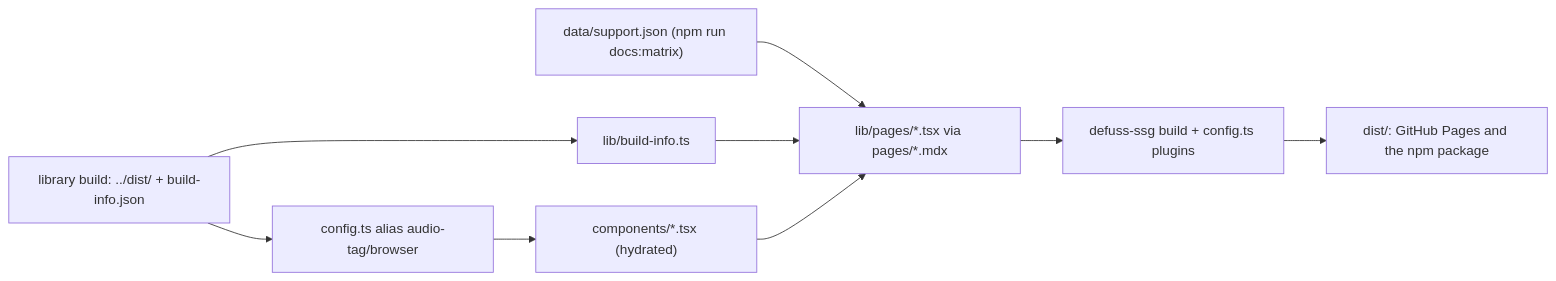
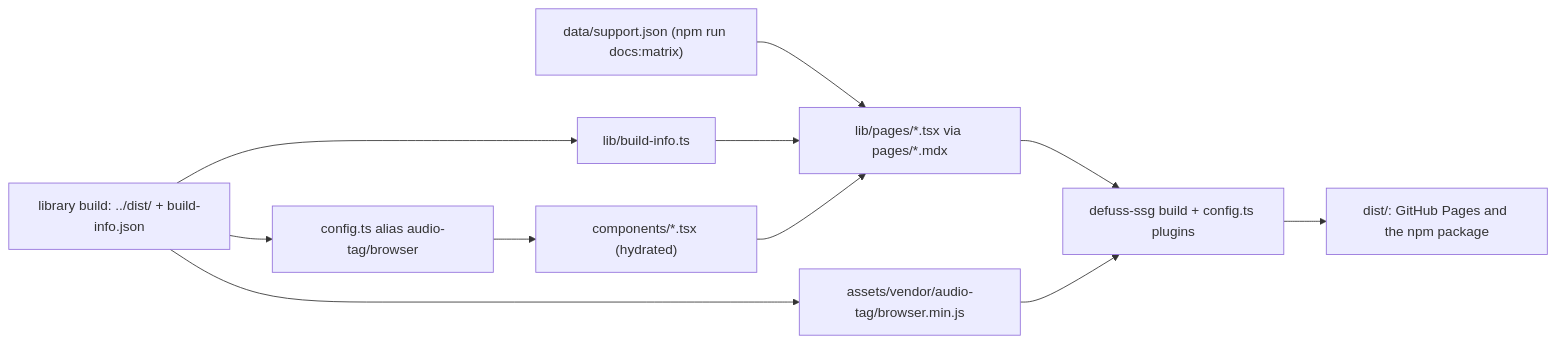
One commit to Mansi1/audio-tag changed the diagram in website/ARCH.md. Above: the diagram before and after it, drawn with Mermaid. The commit also changed other lines of this file and 4 other files, not shown here.

````diff
--- a/website/ARCH.md
+++ b/website/ARCH.md
@@ -27,11 +33,13 @@
 ```mermaid
 flowchart LR
   lib["library build: ../dist/ + build-info.json"] --> alias["config.ts alias audio-tag/browser"]
+  lib --> vendored["assets/vendor/audio-tag/browser.min.js"]
   lib --> info["lib/build-info.ts"]
   data["data/support.json (npm run docs:matrix)"] --> pages
   info --> pages["lib/pages/*.tsx via pages/*.mdx"]
   alias --> islands["components/*.tsx (hydrated)"]
   islands --> pages
   pages --> ssg["defuss-ssg build + config.ts plugins"]
+  vendored --> ssg
   ssg --> dist["dist/: GitHub Pages and the npm package"]
 ```
````
